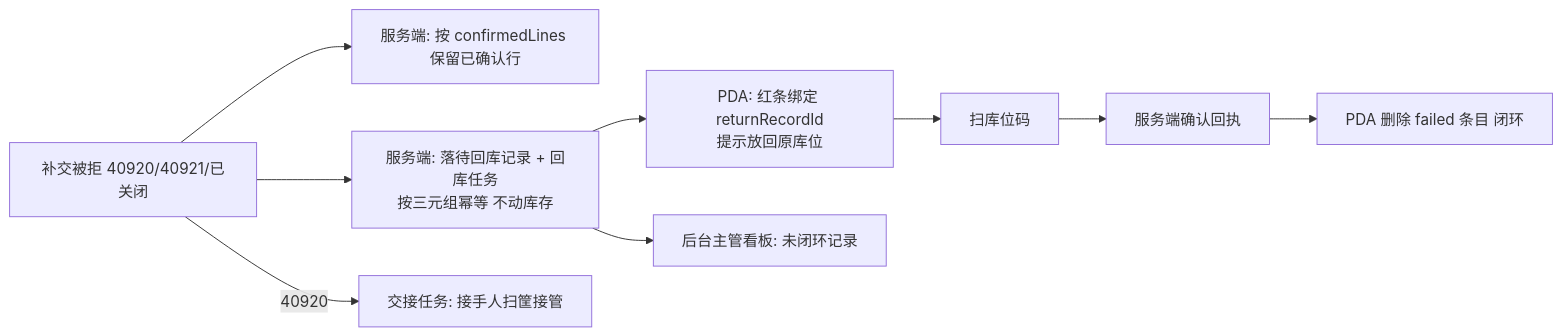
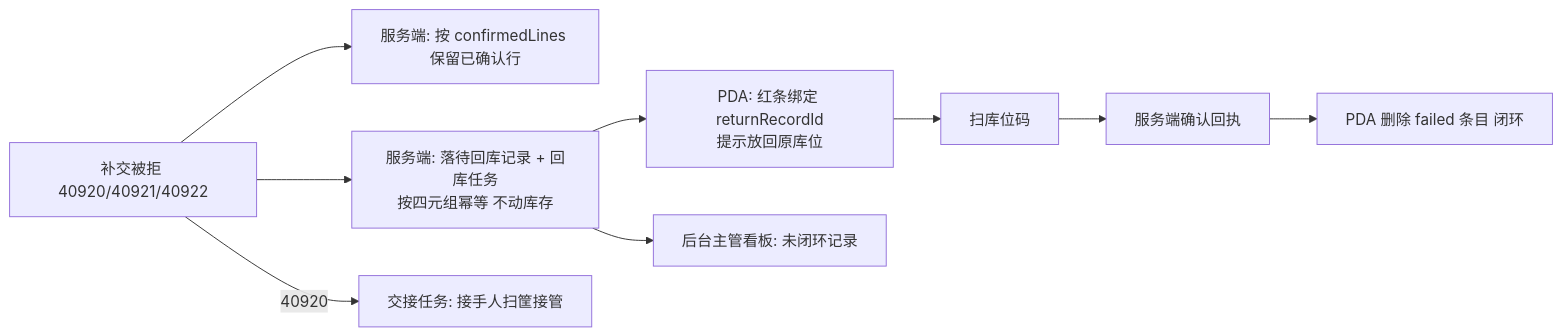
Before and after one commit to Akarin7784/fresh-wms: the second of 3 diagrams in docs/14-分拣H5-PDA端.md, drawn with Mermaid. The commit also changed other lines of this file and 1 other file, not shown here.

````diff
--- a/docs/14-分拣H5-PDA端.md
+++ b/docs/14-分拣H5-PDA端.md
@@ -206,11 +208,11 @@
 ```mermaid
 flowchart LR
-  A[补交被拒 40920/40921/已关闭] --> B[服务端: 按 confirmedLines 保留已确认行]
-  A --> C[服务端: 落待回库记录 + 回库任务<br/>按三元组幂等 不动库存]
+  A[补交被拒 40920/40921/40922] --> B[服务端: 按 confirmedLines 保留已确认行]
+  A --> C[服务端: 落待回库记录 + 回库任务<br/>按四元组幂等 不动库存]
   C --> D[PDA: 红条绑定 returnRecordId<br/>提示放回原库位]
   D --> E[扫库位码]
   E --> F[服务端确认回执]
   F --> G[PDA 删除 failed 条目 闭环]
   A -->|40920| H[交接任务: 接手人扫筐接管]
   C --> I[后台主管看板: 未闭环记录]
 ```
````
